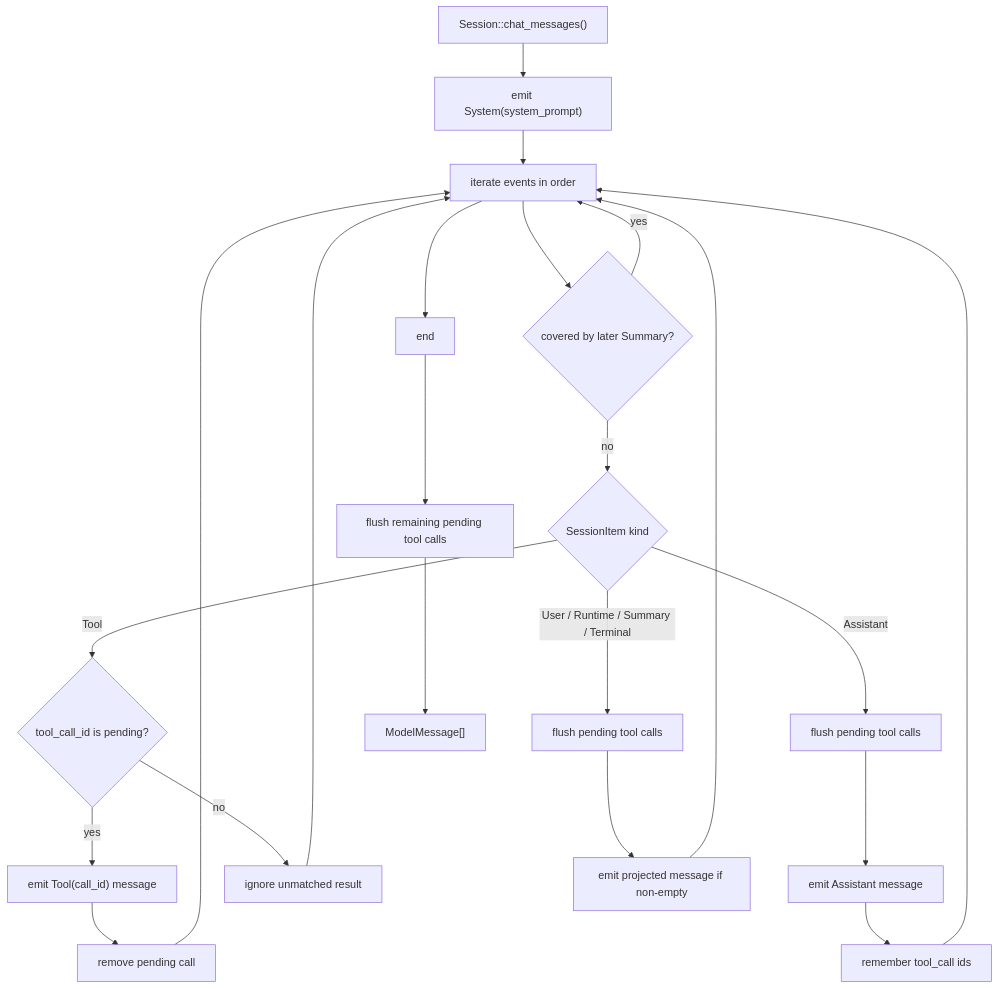
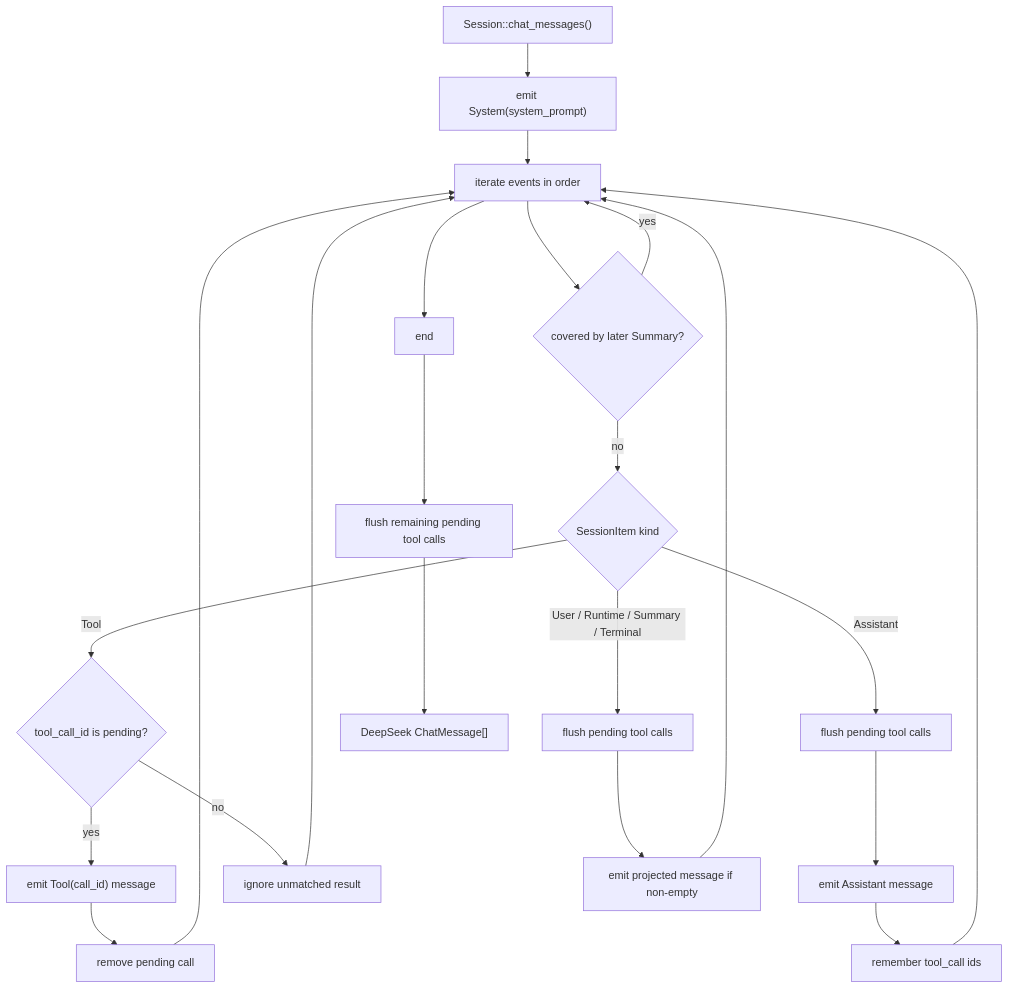
The third of 5 diagrams in agent_session/README.mbt.md (moonbitlang/openseek), drawn with Mermaid before and after one commit. The commit also changed other lines of this file and 70 other files, not shown here.

````diff
--- a/agent_session/README.mbt.md
+++ b/agent_session/README.mbt.md
@@ -255,29 +271,29 @@
 ```mermaid
 flowchart TD
   start["Session::chat_messages()"] --> system["emit System(system_prompt)"]
   system --> loop["iterate events in order"]
 
   loop --> covered{"covered by later Summary?"}
   covered -->|yes| loop
   covered -->|no| kind{"SessionItem kind"}
 
   kind -->|Assistant| flush1["flush pending tool calls"]
   flush1 --> emitAssistant["emit Assistant message"]
   emitAssistant --> rememberCalls["remember tool_call ids"]
   rememberCalls --> loop
 
   kind -->|Tool| matchTool{"tool_call_id is pending?"}
   matchTool -->|yes| emitTool["emit Tool(call_id) message"]
   emitTool --> removePending["remove pending call"]
   removePending --> loop
   matchTool -->|no| ignoreTool["ignore unmatched result"]
   ignoreTool --> loop
 
   kind -->|User / Runtime / Summary / Terminal| flush2["flush pending tool calls"]
   flush2 --> emitOther["emit projected message if non-empty"]
   emitOther --> loop
 
   loop --> done["end"]
   done --> finalFlush["flush remaining pending tool calls"]
-  finalFlush --> messages["ModelMessage[]"]
+  finalFlush --> messages["DeepSeek ChatMessage[]"]
 ```
````
